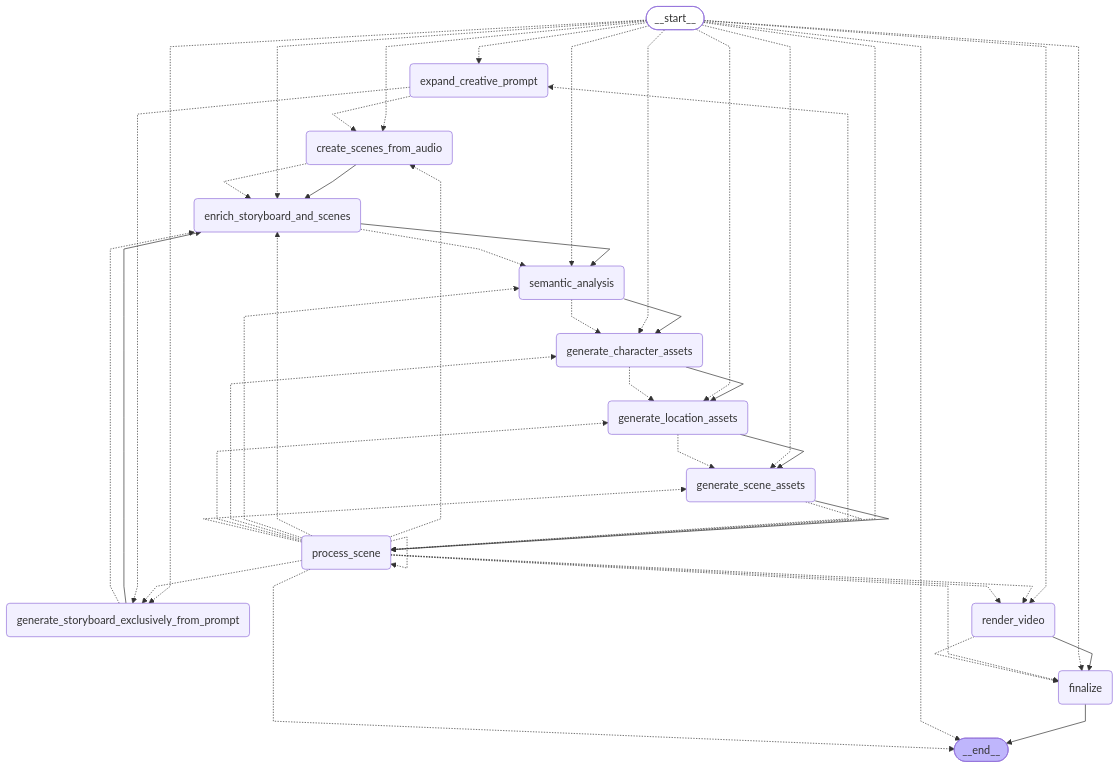
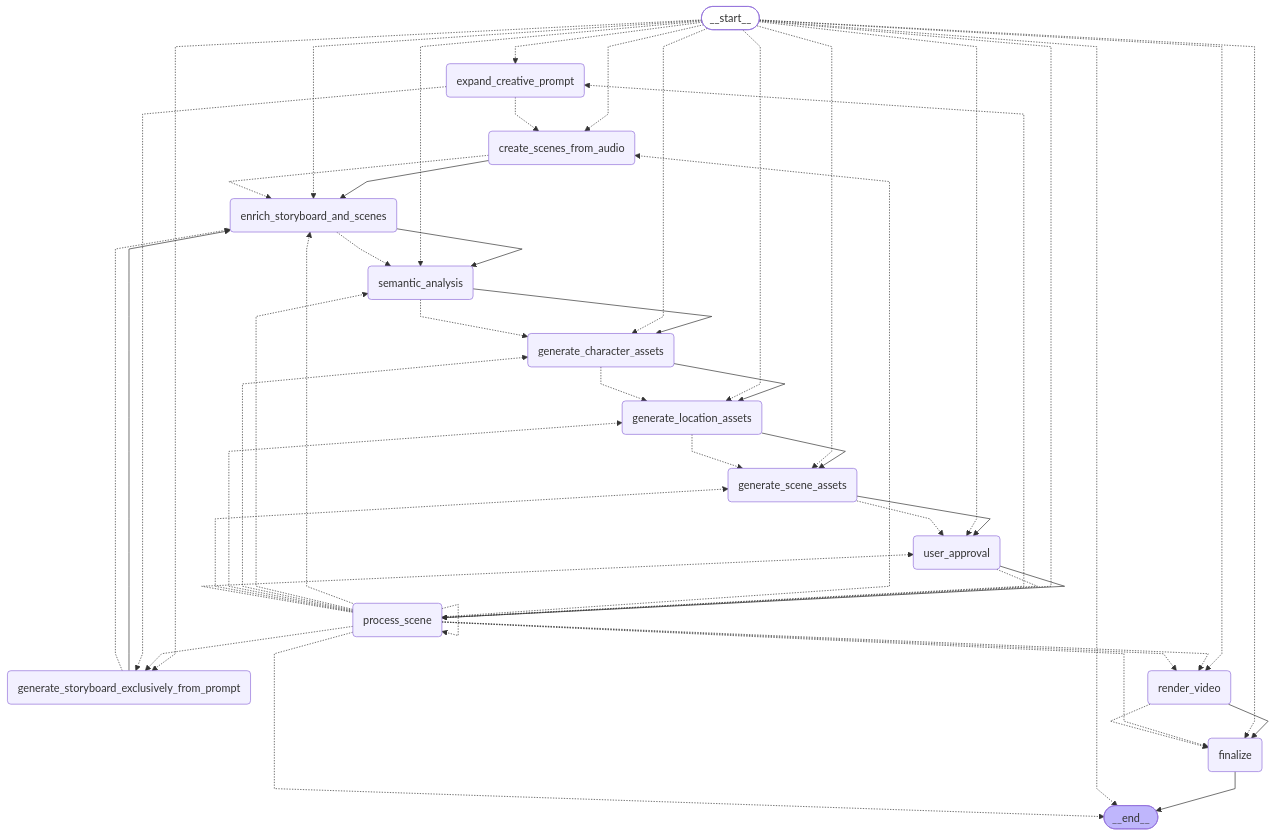
One commit to DigitalCreationsCo/cinematic-canvas changed the diagram in website/content/docs/graph_structure.mmd. Above: the diagram before and after it, drawn with Mermaid. The commit also changed 2 other files, not shown here.

Commit message:
chore: reinstall nm, package-lock.json changed. Pipeline: catch graph diagram filepath error.

```diff
--- a/website/content/docs/graph_structure.mmd
+++ b/website/content/docs/graph_structure.mmd
@@ -1,62 +1,67 @@
 %%{init: {'flowchart': {'curve': 'linear'}}}%%
 graph TD;
 	__start__([<p>__start__</p>]):::first
 	expand_creative_prompt(expand_creative_prompt)
 	generate_storyboard_exclusively_from_prompt(generate_storyboard_exclusively_from_prompt)
 	create_scenes_from_audio(create_scenes_from_audio)
 	enrich_storyboard_and_scenes(enrich_storyboard_and_scenes)
 	semantic_analysis(semantic_analysis)
 	generate_character_assets(generate_character_assets)
 	generate_location_assets(generate_location_assets)
 	generate_scene_assets(generate_scene_assets)
+	user_approval(user_approval)
 	process_scene(process_scene)
 	render_video(render_video)
 	finalize(finalize)
 	__end__([<p>__end__</p>]):::last
 	create_scenes_from_audio --> enrich_storyboard_and_scenes;
 	enrich_storyboard_and_scenes --> semantic_analysis;
 	finalize --> __end__;
 	generate_character_assets --> generate_location_assets;
 	generate_location_assets --> generate_scene_assets;
-	generate_scene_assets --> process_scene;
+	generate_scene_assets --> user_approval;
 	generate_storyboard_exclusively_from_prompt --> enrich_storyboard_and_scenes;
 	render_video --> finalize;
 	semantic_analysis --> generate_character_assets;
+	user_approval --> process_scene;
 	__start__ -.-> expand_creative_prompt;
 	__start__ -.-> generate_storyboard_exclusively_from_prompt;
 	__start__ -.-> create_scenes_from_audio;
 	__start__ -.-> enrich_storyboard_and_scenes;
 	__start__ -.-> semantic_analysis;
 	__start__ -.-> generate_character_assets;
 	__start__ -.-> generate_location_assets;
 	__start__ -.-> generate_scene_assets;
+	__start__ -.-> user_approval;
 	__start__ -.-> process_scene;
 	__start__ -.-> render_video;
 	__start__ -.-> finalize;
 	__start__ -.-> __end__;
 	process_scene -.-> expand_creative_prompt;
 	process_scene -.-> generate_storyboard_exclusively_from_prompt;
 	process_scene -.-> create_scenes_from_audio;
 	process_scene -.-> enrich_storyboard_and_scenes;
 	process_scene -.-> semantic_analysis;
 	process_scene -.-> generate_character_assets;
 	process_scene -.-> generate_location_assets;
 	process_scene -.-> generate_scene_assets;
+	process_scene -.-> user_approval;
 	process_scene -.-> render_video;
 	process_scene -.-> finalize;
 	process_scene -.-> __end__;
 	expand_creative_prompt -.-> create_scenes_from_audio;
 	expand_creative_prompt -.-> generate_storyboard_exclusively_from_prompt;
 	generate_storyboard_exclusively_from_prompt -.-> enrich_storyboard_and_scenes;
 	create_scenes_from_audio -.-> enrich_storyboard_and_scenes;
 	enrich_storyboard_and_scenes -.-> semantic_analysis;
 	semantic_analysis -.-> generate_character_assets;
 	generate_character_assets -.-> generate_location_assets;
 	generate_location_assets -.-> generate_scene_assets;
-	generate_scene_assets -.-> process_scene;
+	generate_scene_assets -.-> user_approval;
+	user_approval -.-> process_scene;
 	process_scene -.-> render_video;
 	render_video -.-> finalize;
 	process_scene -.-> process_scene;
 	classDef default fill:#f2f0ff,line-height:1.2;
 	classDef first fill-opacity:0;
 	classDef last fill:#bfb6fc;
```
